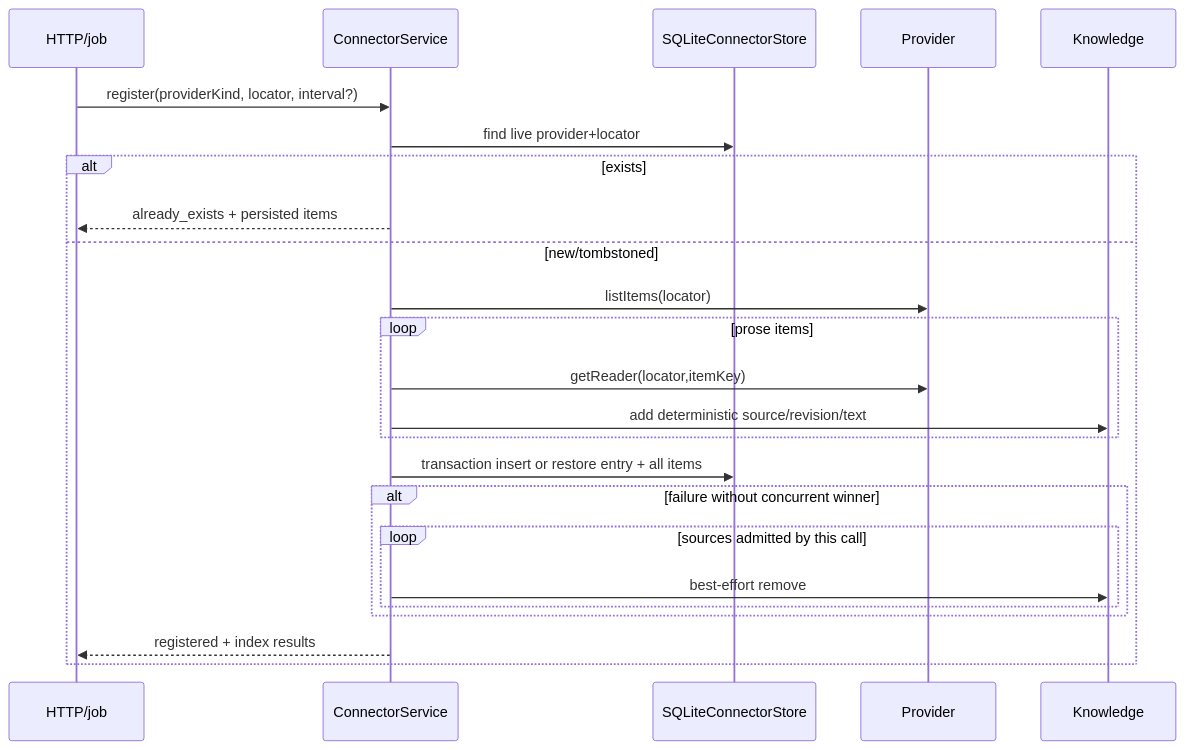
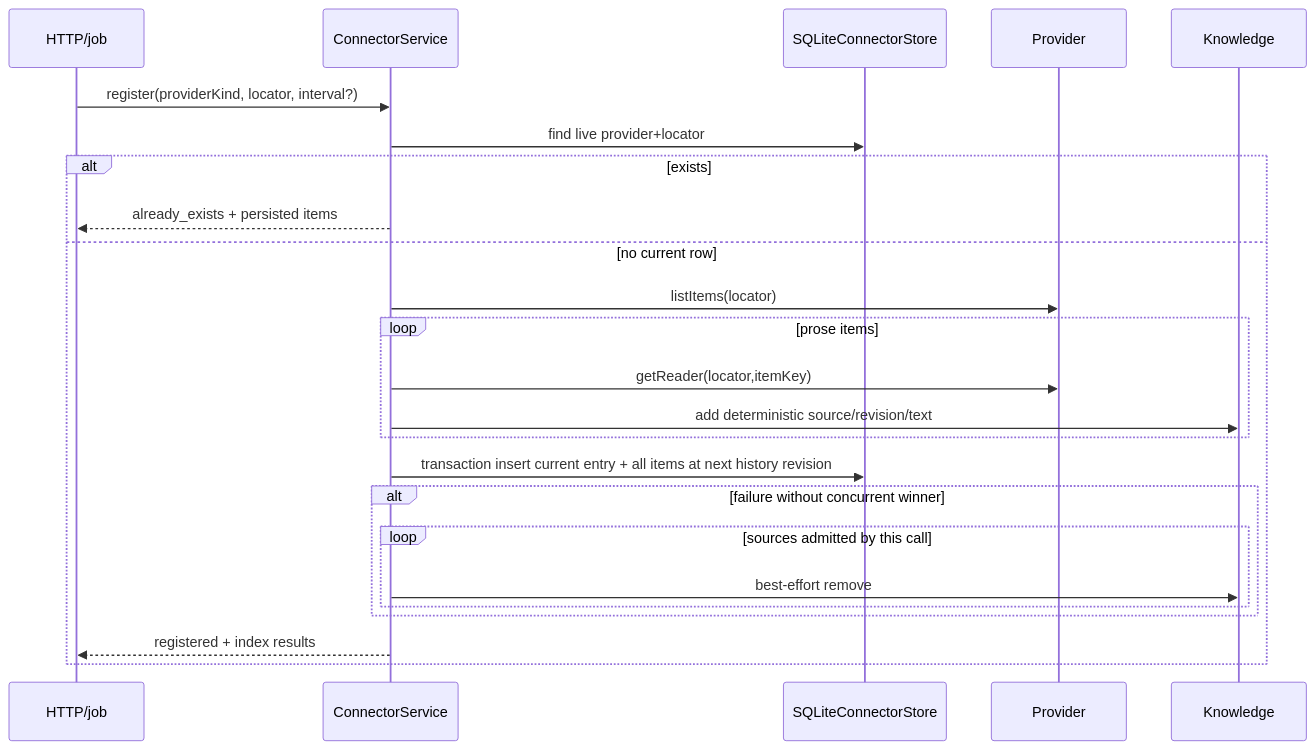
The first of 3 diagrams in apps/backend/src/3-capabilities/connector/docs/flows.md (gccurtis/icarus), drawn with Mermaid before and after one commit. The commit also changed other lines of this file and 88 other files, not shown here.

````diff
--- a/apps/backend/src/3-capabilities/connector/docs/flows.md
+++ b/apps/backend/src/3-capabilities/connector/docs/flows.md
@@ -27,26 +28,26 @@
 ```mermaid
 sequenceDiagram
   participant H as HTTP/job
   participant C as ConnectorService
   participant S as SQLiteConnectorStore
   participant P as Provider
   participant K as Knowledge
   H->>C: register(providerKind, locator, interval?)
   C->>S: find live provider+locator
   alt exists
     C-->>H: already_exists + persisted items
-  else new/tombstoned
+  else no current row
     C->>P: listItems(locator)
     loop prose items
       C->>P: getReader(locator,itemKey)
       C->>K: add deterministic source/revision/text
     end
-    C->>S: transaction insert or restore entry + all items
+    C->>S: transaction insert current entry + all items at next history revision
     alt failure without concurrent winner
       loop sources admitted by this call
         C->>K: best-effort remove
       end
     end
     C-->>H: registered + index results
   end
 ```
````
